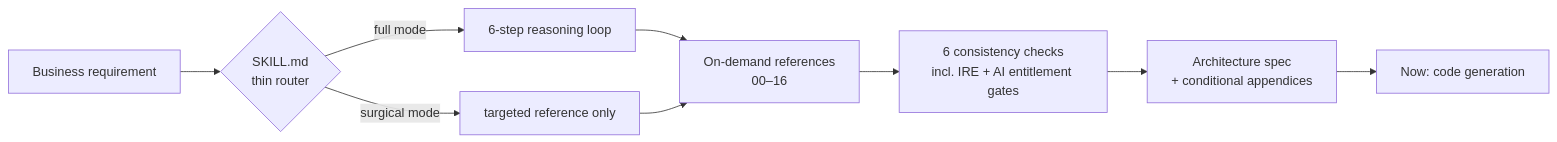
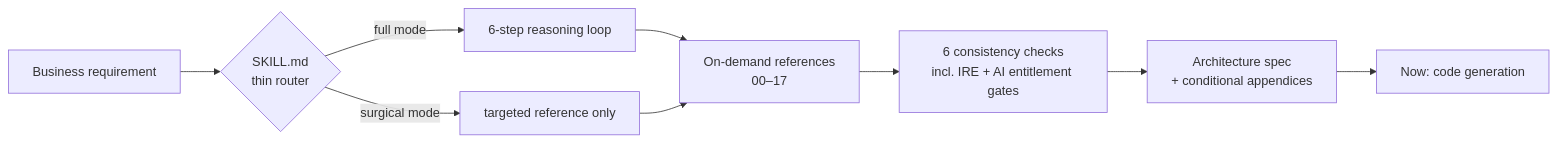
The diagram in README.md (YuvrajZende/servicenow-skills), drawn with Mermaid before and after one commit. The commit also changed other lines of this file and 22 other files, not shown here.

````diff
--- a/README.md
+++ b/README.md
@@ -17,11 +17,11 @@
 ```mermaid
 flowchart LR
     A["Business requirement"] --> B{"SKILL.md<br/>thin router"}
     B -- "full mode" --> C["6-step reasoning loop"]
     B -- "surgical mode" --> D["targeted reference only"]
-    C --> E["On-demand references<br/>00–16"]
+    C --> E["On-demand references<br/>00–17"]
     D --> E
     E --> F["6 consistency checks<br/>incl. IRE + AI entitlement gates"]
     F --> G["Architecture spec<br/>+ conditional appendices"]
     G --> H["Now: code generation"]
 ```
````
